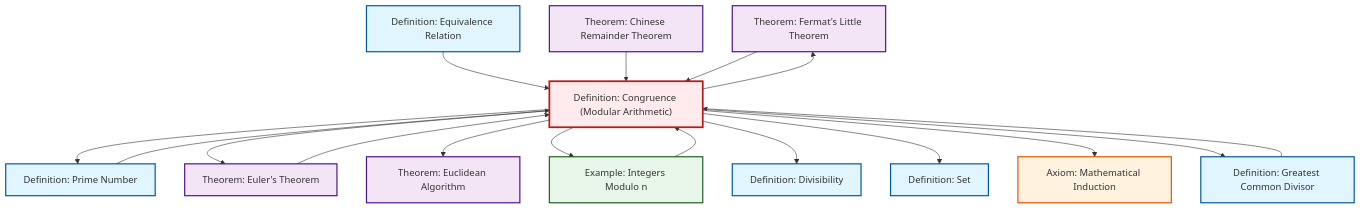
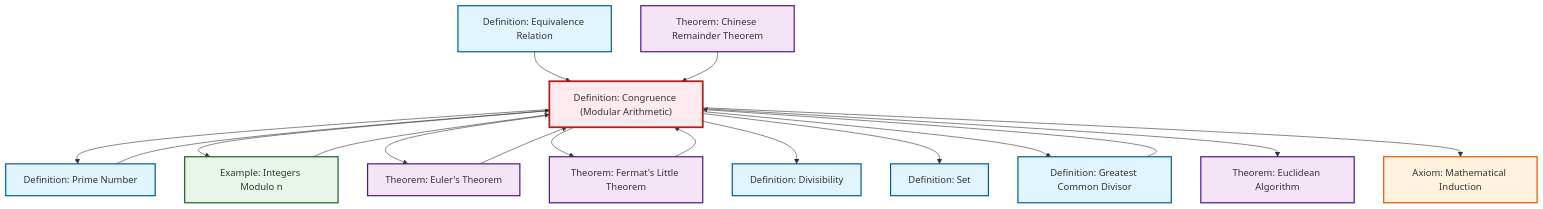
The diagram in content/en/number-theory/def-congruence.qmd (RK0429/ModernMath), drawn with Mermaid before and after one commit. The commit also changed other lines of this file and 328 other files, not shown here.

````diff
--- a/content/en/number-theory/def-congruence.qmd
+++ b/content/en/number-theory/def-congruence.qmd
@@ -123,49 +123,49 @@
 ```{mermaid}
 %%| fig-cap: "Local dependency graph"
 graph TD
     classDef definition fill:#e1f5fe,stroke:#01579b,stroke-width:2px
     classDef theorem fill:#f3e5f5,stroke:#4a148c,stroke-width:2px
     classDef axiom fill:#fff3e0,stroke:#e65100,stroke-width:2px
     classDef example fill:#e8f5e9,stroke:#1b5e20,stroke-width:2px
     classDef current fill:#ffebee,stroke:#b71c1c,stroke-width:3px
+    thm-chinese-remainder["Theorem: Chinese Remainder Theorem"]:::theorem
+    thm-euler["Theorem: Euler's Theorem"]:::theorem
+    ax-induction["Axiom: Mathematical Induction"]:::axiom
+    ex-quotient-integers-mod-n["Example: Integers Modulo n"]:::example
+    thm-fermat-little["Theorem: Fermat's Little Theorem"]:::theorem
     def-set["Definition: Set"]:::definition
     thm-euclidean-algorithm["Theorem: Euclidean Algorithm"]:::theorem
-    thm-fermat-little["Theorem: Fermat's Little Theorem"]:::theorem
-    thm-euler["Theorem: Euler's Theorem"]:::theorem
+    def-divisibility["Definition: Divisibility"]:::definition
     def-congruence["Definition: Congruence (Modular Arithmetic)"]:::definition
-    ex-quotient-integers-mod-n["Example: Integers Modulo n"]:::example
+    def-gcd["Definition: Greatest Common Divisor"]:::definition
     def-equivalence-relation["Definition: Equivalence Relation"]:::definition
-    ax-induction["Axiom: Mathematical Induction"]:::axiom
     def-prime["Definition: Prime Number"]:::definition
-    def-gcd["Definition: Greatest Common Divisor"]:::definition
-    thm-chinese-remainder["Theorem: Chinese Remainder Theorem"]:::theorem
-    def-divisibility["Definition: Divisibility"]:::definition
     def-congruence --> def-prime
+    def-congruence --> ex-quotient-integers-mod-n
+    def-congruence --> thm-euler
+    def-congruence --> thm-fermat-little
     def-equivalence-relation --> def-congruence
-    def-congruence --> thm-euler
     ex-quotient-integers-mod-n --> def-congruence
-    def-congruence --> thm-euclidean-algorithm
-    def-congruence --> thm-fermat-little
-    def-gcd --> def-congruence
-    def-congruence --> ex-quotient-integers-mod-n
-    def-prime --> def-congruence
     def-congruence --> def-divisibility
     def-congruence --> def-set
-    thm-chinese-remainder --> def-congruence
-    thm-fermat-little --> def-congruence
-    def-congruence --> ax-induction
     def-congruence --> def-gcd
     thm-euler --> def-congruence
+    def-gcd --> def-congruence
+    def-prime --> def-congruence
+    def-congruence --> thm-euclidean-algorithm
+    thm-chinese-remainder --> def-congruence
+    def-congruence --> ax-induction
+    thm-fermat-little --> def-congruence
     class def-congruence current
+    click thm-chinese-remainder "thm-chinese-remainder.html" "Go to Chinese Remainder Theorem theorem"
+    click thm-euler "thm-euler.html" "Go to Euler's Theorem theorem"
+    click ax-induction "ax-induction.html" "Go to Mathematical Induction axiom"
+    click ex-quotient-integers-mod-n "ex-quotient-integers-mod-n.html" "Go to Integers Modulo n example"
+    click thm-fermat-little "thm-fermat-little.html" "Go to Fermat's Little Theorem theorem"
     click def-set "def-set.html" "Go to Set definition"
     click thm-euclidean-algorithm "thm-euclidean-algorithm.html" "Go to Euclidean Algorithm theorem"
-    click thm-fermat-little "thm-fermat-little.html" "Go to Fermat's Little Theorem theorem"
-    click thm-euler "thm-euler.html" "Go to Euler's Theorem theorem"
-    click ex-quotient-integers-mod-n "ex-quotient-integers-mod-n.html" "Go to Integers Modulo n example"
+    click def-divisibility "def-divisibility.html" "Go to Divisibility definition"
+    click def-gcd "def-gcd.html" "Go to Greatest Common Divisor definition"
     click def-equivalence-relation "def-equivalence-relation.html" "Go to Equivalence Relation definition"
-    click ax-induction "ax-induction.html" "Go to Mathematical Induction axiom"
     click def-prime "def-prime.html" "Go to Prime Number definition"
-    click def-gcd "def-gcd.html" "Go to Greatest Common Divisor definition"
-    click thm-chinese-remainder "thm-chinese-remainder.html" "Go to Chinese Remainder Theorem theorem"
-    click def-divisibility "def-divisibility.html" "Go to Divisibility definition"
 ```
````
